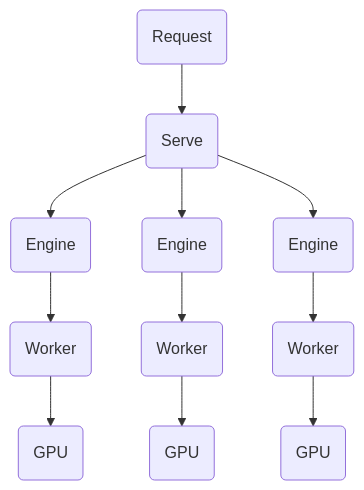
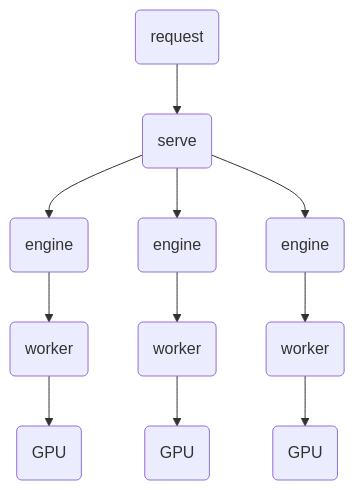
One commit to vllm-project/vllm-omni changed the diagram in docs/design/feature/fault_injection_reliability_matrix.md. Above: the diagram before and after it, drawn with Mermaid. The commit also changed other lines of this file, not shown here.

````diff
--- a/docs/design/feature/fault_injection_reliability_matrix.md
+++ b/docs/design/feature/fault_injection_reliability_matrix.md
@@ -25,13 +12,13 @@
 ```mermaid
 flowchart TD
-    R(Request)--> A(Serve)
-    A --> B(Engine)
-    A --> C(Engine)
-    A --> D(Engine)
-    B --> E(Worker)
-    C --> F(Worker)
-    D --> I(Worker)
+    R(request)--> A(serve)
+    A --> B(engine)
+    A --> C(engine)
+    A --> D(engine)
+    B --> E(worker)
+    C --> F(worker)
+    D --> I(worker)
     E --> G(GPU)
     F --> H(GPU)
     I --> L(GPU)
 ```
````
